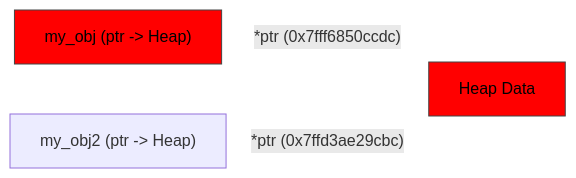
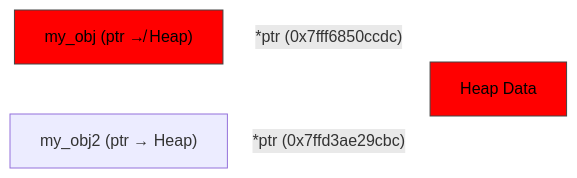
One commit to Elsie19/Elsie19 changed the second of 2 diagrams in docs/_posts/2025-11-29-rust-rules-and-guidelines.md. Above: the diagram before and after it, drawn with Mermaid. The commit also changed other lines of this file, not shown here.

Commit message:
unicodes

````diff
--- a/docs/_posts/2025-11-29-rust-rules-and-guidelines.md
+++ b/docs/_posts/2025-11-29-rust-rules-and-guidelines.md
@@ -464,14 +464,14 @@
 ```mermaid
 flowchart LR
-    A["my_obj (ptr -> Heap)"]
+    A["my_obj (ptr ↛ Heap)"]
     H["Heap Data"]
-    B["my_obj2 (ptr -> Heap)"]
+    B["my_obj2 (ptr → Heap)"]
 
     A -->|"*ptr (0x7fff6850ccdc)"| H
     B -->|"*ptr (0x7ffd3ae29cbc)"| H
 
     style A fill:#FF0000,color:#000000,stroke:#444
     style H fill:#FF0000,color:#000000,stroke:#444
 
     linkStyle default stroke: white
 ```
````
